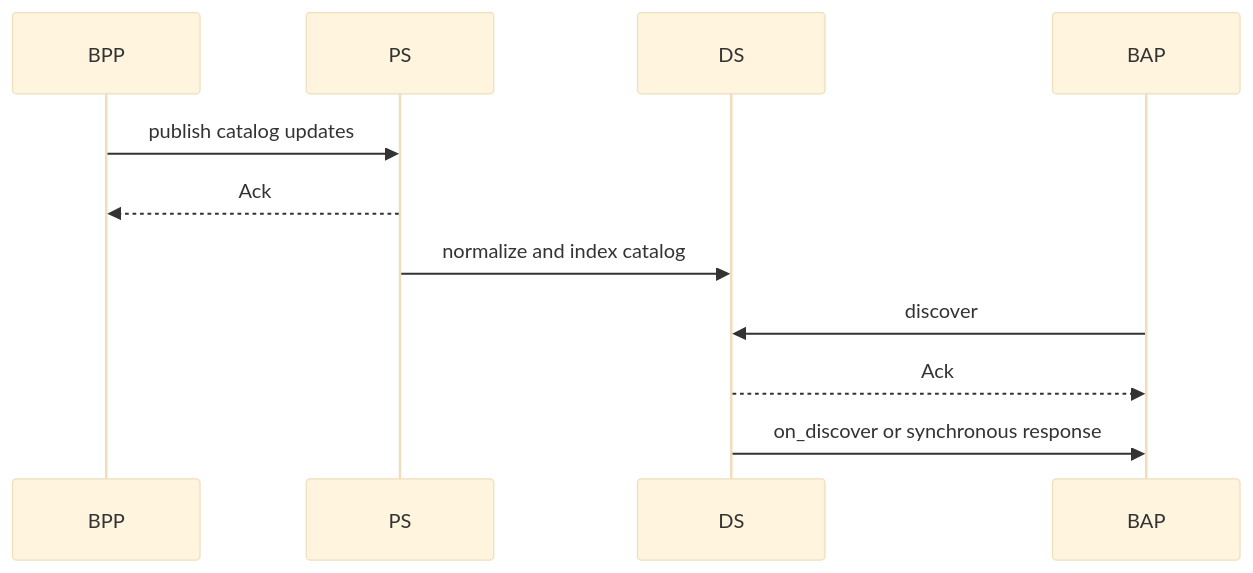
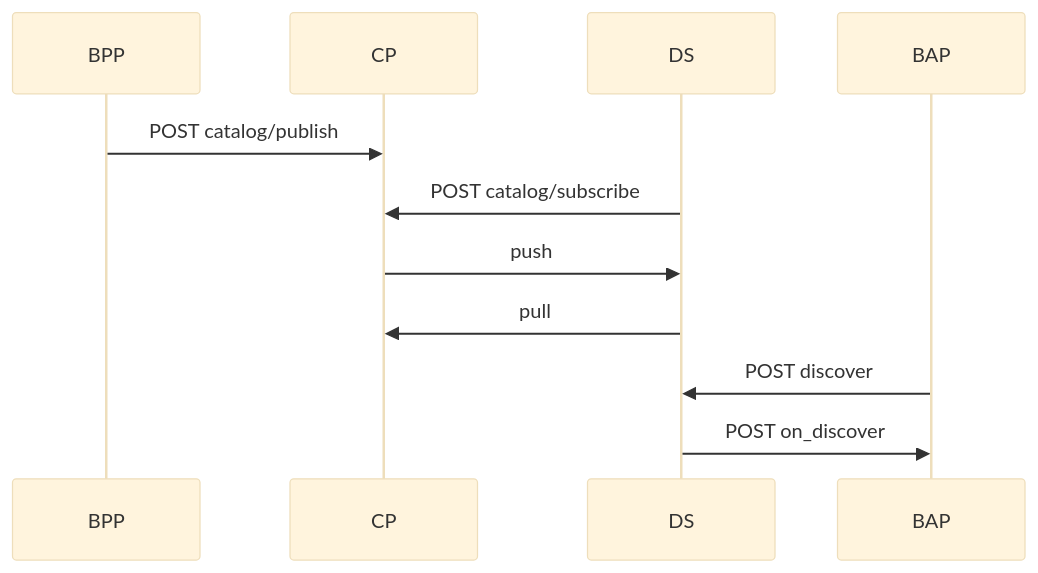
Before and after one commit to beckn/protocol-specifications-v2: the fourth of 4 diagrams in docs/03_The_Beckn_Protocol_Stack.md, drawn with Mermaid (base theme). The commit also changed other lines of this file and 6 other files, not shown here.

````diff
--- a/docs/03_The_Beckn_Protocol_Stack.md
+++ b/docs/03_The_Beckn_Protocol_Stack.md
@@ -161,14 +193,15 @@
 ```mermaid
 sequenceDiagram
     participant BPP
-    participant PS
+    participant CP
     participant DS
     participant BAP
 
-    BPP->>PS: publish catalog updates
-    PS-->>BPP: Ack
-    PS->>DS: normalize and index catalog
-    BAP->>DS: discover
-    DS-->>BAP: Ack
-    DS->>BAP: on_discover or synchronous response
+    BPP->>CP: POST catalog/publish
+    DS->>CP: POST catalog/subscribe
+    CP->>DS: push
+    DS->>CP: pull
+    BAP->>DS: POST discover
+    DS->>BAP: POST on_discover
+
 ```
````
